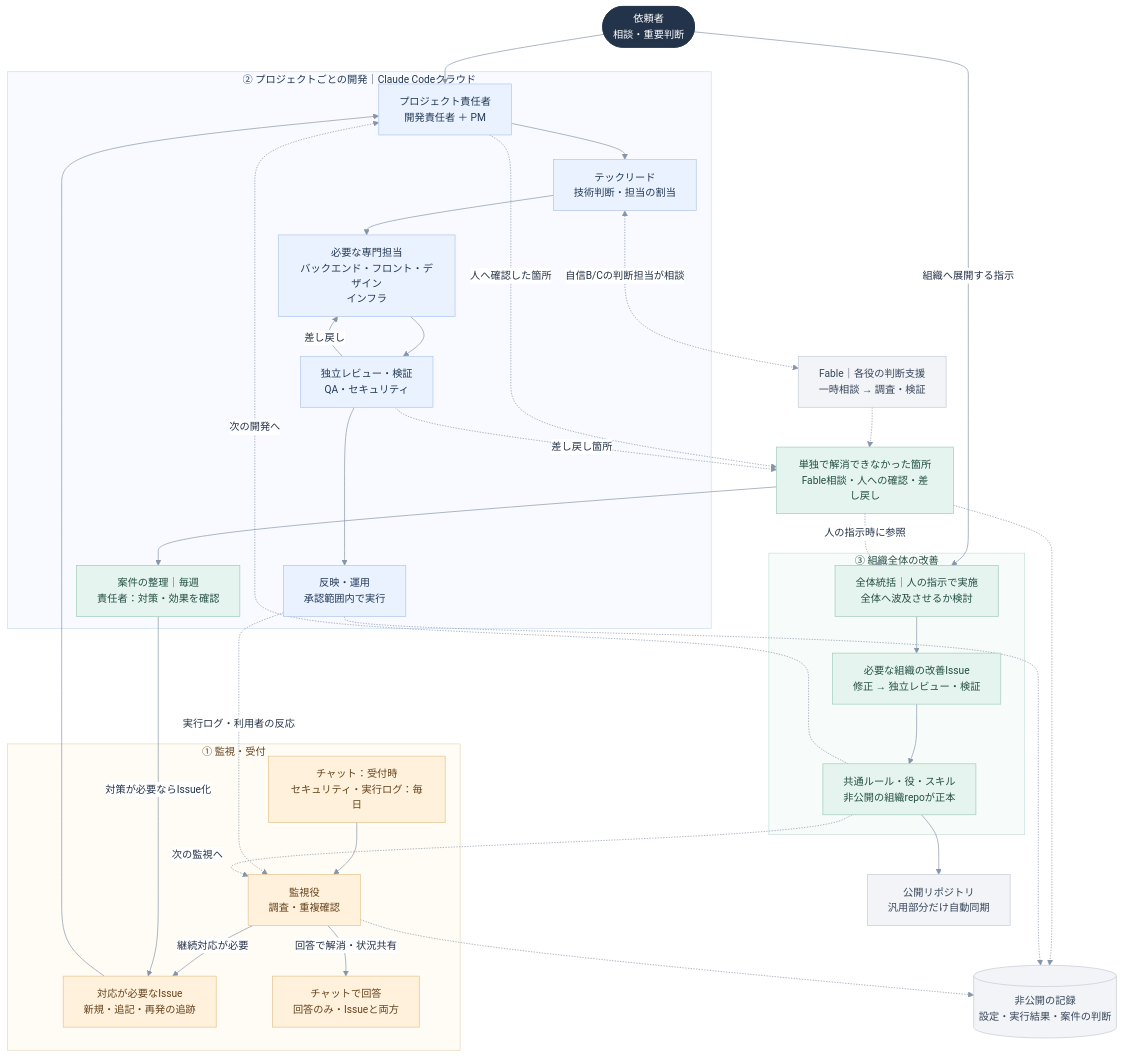
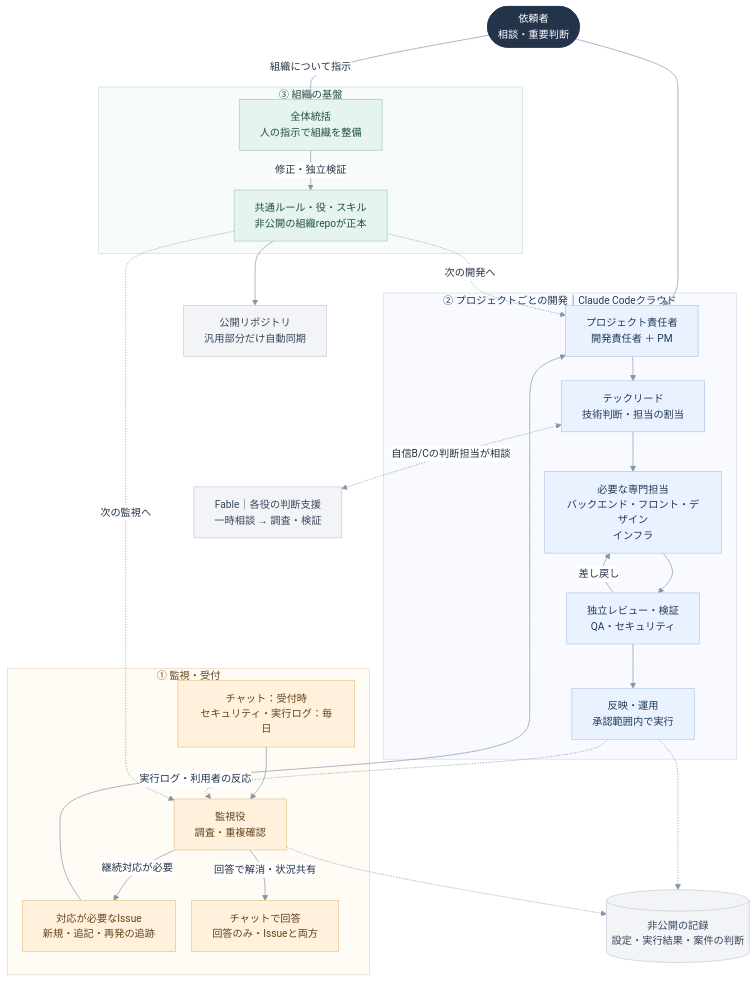
Before and after one commit to yufyaj/engineer-org-public: the diagram in 組織/組織図.md, drawn with Mermaid. The commit also changed other lines of this file and 1 other file, not shown here.

Commit message:
Sync common rules

````diff
--- a/組織/組織図.md
+++ b/組織/組織図.md
@@ -3,69 +3,59 @@
 ```mermaid
 %%{init: {'theme': 'base', 'themeVariables': {'fontFamily': 'sans-serif', 'fontSize': '15px', 'primaryTextColor': '#243247', 'lineColor': '#8795a8', 'edgeLabelBackground': '#ffffff'}, 'flowchart': {'curve': 'basis', 'nodeSpacing': 24, 'rankSpacing': 36}}}%%
 flowchart TB
     USER(["依頼者<br/>相談・重要判断"])
 
     subgraph MONITOR["① 監視・受付"]
         INPUT["チャット：受付時<br/>セキュリティ・実行ログ：毎日"]
         WATCH["監視役<br/>調査・重複確認"]
         ISSUE["対応が必要なIssue<br/>新規・追記・再発の追跡"]
         REPLY["チャットで回答<br/>回答のみ・Issueと両方"]
         INPUT --> WATCH -->|継続対応が必要| ISSUE
         WATCH -->|回答で解消・状況共有| REPLY
     end
 
     subgraph PROJECT["② プロジェクトごとの開発｜Claude Codeクラウド"]
         OWNER["プロジェクト責任者<br/>開発責任者 ＋ PM"]
         TL["テックリード<br/>技術判断・担当の割当"]
         TEAM["必要な専門担当<br/>バックエンド・フロント・デザイン<br/>インフラ"]
         REVIEW["独立レビュー・検証<br/>QA・セキュリティ"]
         RESULT["反映・運用<br/>承認範囲内で実行"]
-        RETRO["案件の整理｜毎週<br/>責任者：対策・効果を確認"]
         OWNER --> TL --> TEAM --> REVIEW --> RESULT
         REVIEW -->|差し戻し| TEAM
     end
 
-    subgraph ORG["③ 組織全体の改善"]
-        LEAD["全体統括｜人の指示で実施<br/>全体へ波及させるか検討"]
-        IMPROVE["必要な組織の改善Issue<br/>修正 → 独立レビュー・検証"]
+    subgraph ORG["③ 組織の基盤"]
+        LEAD["全体統括<br/>人の指示で組織を整備"]
         RULES["共通ルール・役・スキル<br/>非公開の組織repoが正本"]
-        LEAD --> IMPROVE --> RULES
+        LEAD -->|修正・独立検証| RULES
     end
 
-    FEEDBACK["単独で解消できなかった箇所<br/>Fable相談・人への確認・差し戻し"]
     FABLE["Fable｜各役の判断支援<br/>一時相談 → 調査・検証"]
     RECORDS[("非公開の記録<br/>設定・実行結果・案件の判断")]
     PUBLIC["公開リポジトリ<br/>汎用部分だけ自動同期"]
 
     USER --> OWNER
-    USER -->|組織へ展開する指示| LEAD
+    USER -->|組織について指示| LEAD
     ISSUE --> OWNER
     RESULT -.->|実行ログ・利用者の反応| WATCH
-    FABLE -.-> FEEDBACK
-    OWNER -.->|人へ確認した箇所| FEEDBACK
-    REVIEW -.->|差し戻し箇所| FEEDBACK
-    FEEDBACK --> RETRO
-    RETRO -->|対策が必要ならIssue化| ISSUE
-    FEEDBACK -.->|人の指示時に参照| LEAD
     RULES -.->|次の開発へ| OWNER
     RULES -.->|次の監視へ| WATCH
     TL <-.->|自信B/Cの判断担当が相談| FABLE
-    FEEDBACK -.-> RECORDS
     RESULT -.-> RECORDS
     WATCH -.-> RECORDS
     RULES --> PUBLIC
 
     classDef person fill:#23334a,color:#ffffff,stroke:#23334a;
     classDef development fill:#eaf2ff,color:#223956,stroke:#aec7eb;
     classDef monitoring fill:#fff1dc,color:#65431c,stroke:#e4c38e;
     classDef improvement fill:#e5f4ef,color:#234f43,stroke:#a0cbb9;
     classDef neutral fill:#f2f4f7,color:#37465b,stroke:#c4ccd7;
     class USER person;
     class OWNER,TL,TEAM,REVIEW,RESULT development;
     class INPUT,WATCH,ISSUE,REPLY monitoring;
-    class FEEDBACK,RETRO,LEAD,IMPROVE,RULES improvement;
+    class LEAD,RULES improvement;
     class FABLE,RECORDS,PUBLIC neutral;
     style MONITOR fill:#fffcf6,stroke:#e8d7bb,color:#65431c
     style PROJECT fill:#f8faff,stroke:#cfddf0,color:#223956
     style ORG fill:#f7fcfa,stroke:#c7e0d5,color:#234f43
 ```
````
